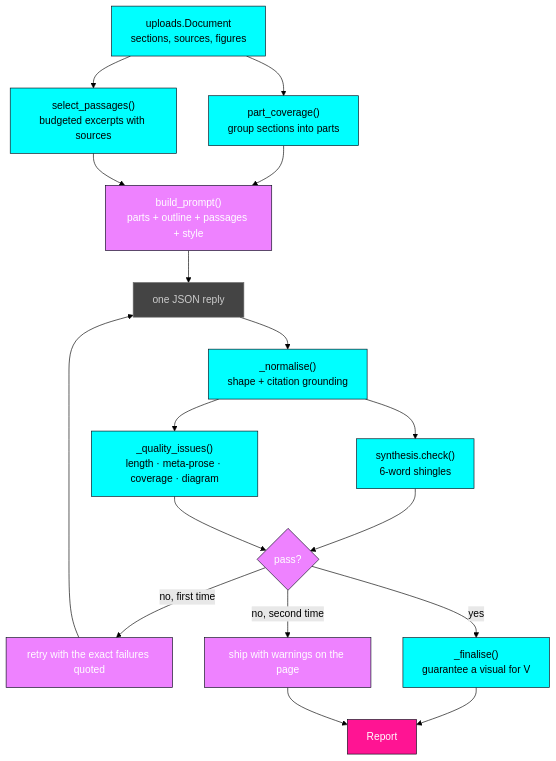
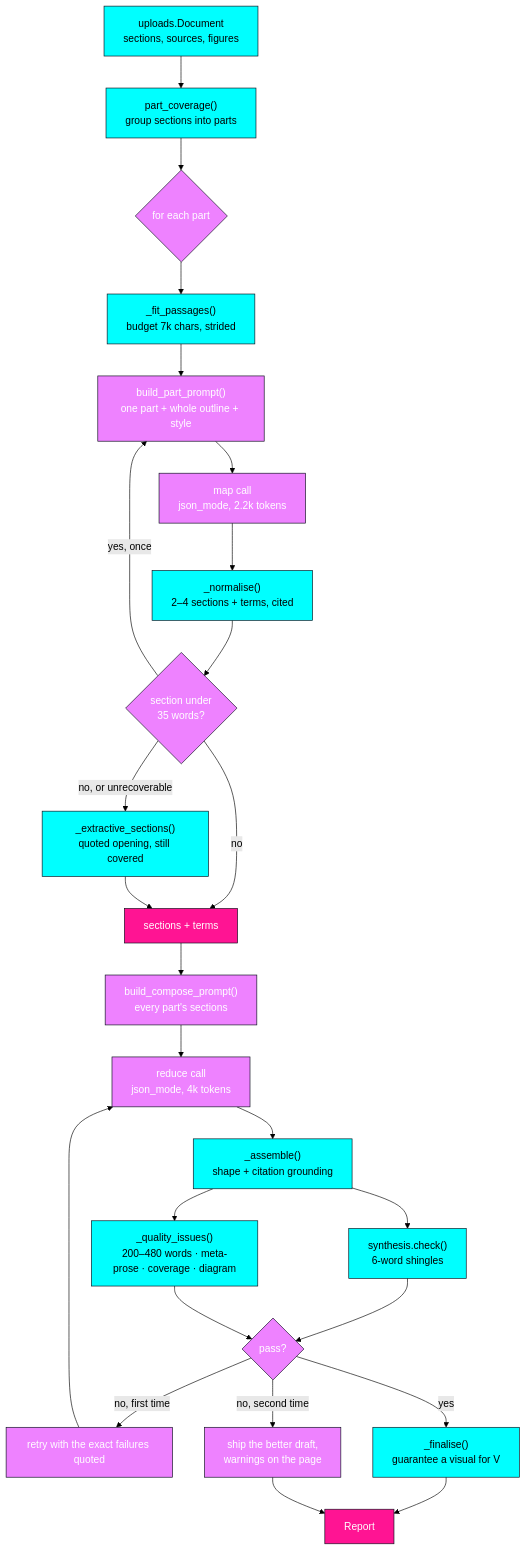
One commit to ZJoker10/vark-check changed the third of 3 diagrams in docs/architecture.md. Above: the diagram before and after it, drawn with Mermaid (forest theme). The commit also changed other lines of this file and 7 other files, not shown here.

````diff
--- a/docs/architecture.md
+++ b/docs/architecture.md
@@ -239,28 +244,37 @@
 ```mermaid
 flowchart TD
   Doc["uploads.Document<br/>sections, sources, figures"] --> Parts["part_coverage()<br/>group sections into parts"]
-  Doc --> Pass["select_passages()<br/>budgeted excerpts with sources"]
-  Parts --> Prompt["build_prompt()<br/>parts + outline + passages + style"]
-  Pass --> Prompt
-  Prompt --> Model["one JSON reply"]
-  Model --> Normalise["_normalise()<br/>shape + citation grounding"]
-  Normalise --> Copy["synthesis.check()<br/>6-word shingles"]
-  Normalise --> Gate["_quality_issues()<br/>length · meta-prose · coverage · diagram"]
+  Parts --> Loop{"for each part"}
+
+  Loop --> Fit["_fit_passages()<br/>budget 7k chars, strided"]
+  Fit --> PartPrompt["build_part_prompt()<br/>one part + whole outline + style"]
+  PartPrompt --> PartModel["map call<br/>json_mode, 2.2k tokens"]
+  PartModel --> PartNorm["_normalise()<br/>2–4 sections + terms, cited"]
+  PartNorm --> Thin{"section under<br/>35 words?"}
+  Thin -->|yes, once| PartPrompt
+  Thin -->|"no, or unrecoverable"| Fallback["_extractive_sections()<br/>quoted opening, still covered"]
+  Thin -->|no| Bag
+  Fallback --> Bag["sections + terms"]
+
+  Bag --> Compose["build_compose_prompt()<br/>every part's sections"]
+  Compose --> ComposeModel["reduce call<br/>json_mode, 4k tokens"]
+  ComposeModel --> Assemble["_assemble()<br/>shape + citation grounding"]
+  Assemble --> Copy["synthesis.check()<br/>6-word shingles"]
+  Assemble --> Gate["_quality_issues()<br/>200–480 words · meta-prose · coverage · diagram"]
   Copy --> Verdict{"pass?"}
   Gate --> Verdict
   Verdict -->|no, first time| Retry["retry with the exact failures quoted"]
-  Retry --> Model
+  Retry --> ComposeModel
   Verdict -->|yes| Final["_finalise()<br/>guarantee a visual for V"]
-  Verdict -->|no, second time| Honest["ship with warnings on the page"]
+  Verdict -->|no, second time| Honest["ship the better draft,<br/>warnings on the page"]
   Final --> Out["Report"]
   Honest --> Out
 
   classDef Primary fill:#00ffff,color:#000,stroke:#080d1a
   classDef Gateway fill:#ee82ff,color:#fff,stroke:#080d1a
   classDef DataLayer fill:#ff1493,color:#fff,stroke:#080d1a
   classDef External fill:#444,color:#ccc,stroke:#666
-  class Doc,Parts,Pass,Normalise,Copy,Gate,Final Primary
-  class Prompt,Verdict,Retry,Honest Gateway
-  class Out DataLayer
-  class Model External
+  class Doc,Parts,Fit,PartNorm,Assemble,Copy,Gate,Fallback,Final Primary
+  class PartPrompt,Compose,PartModel,ComposeModel,Loop,Thin,Verdict,Retry,Honest Gateway
+  class Out,Bag DataLayer
 ```
````
